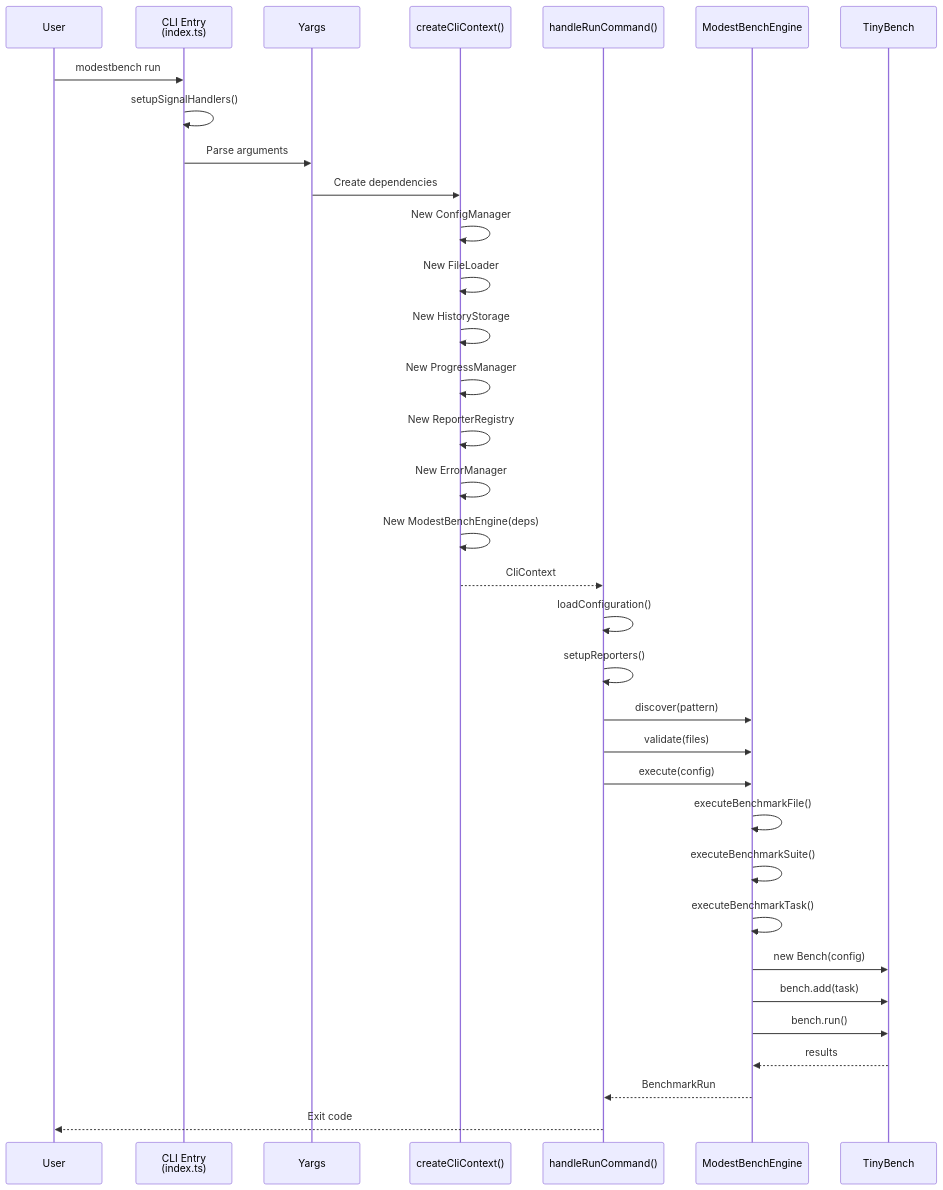
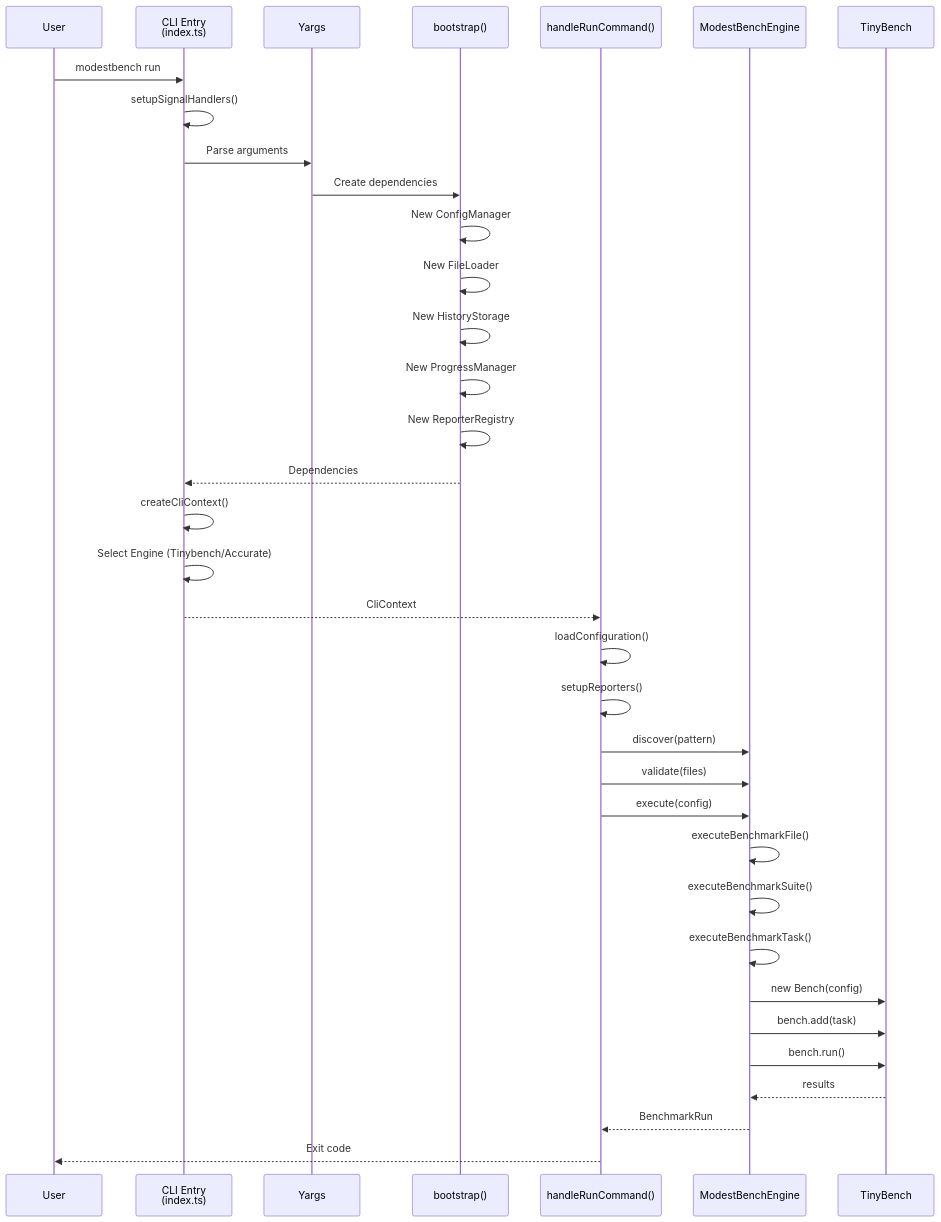
Before and after one commit to boneskull/modestbench: the second of 11 diagrams in ARCHITECTURE.md, drawn with Mermaid. The commit also changed other lines of this file, not shown here.

````diff
--- a/ARCHITECTURE.md
+++ b/ARCHITECTURE.md
@@ -71,42 +89,44 @@
 ```mermaid
 sequenceDiagram
     participant User
     participant CLI as CLI Entry<br/>(index.ts)
     participant Yargs
-    participant Context as createCliContext()
+    participant Bootstrap as bootstrap()
     participant Command as handleRunCommand()
     participant Engine as ModestBenchEngine
     participant TinyBench
 
     User->>CLI: modestbench run
     CLI->>CLI: setupSignalHandlers()
     CLI->>Yargs: Parse arguments
-    Yargs->>Context: Create dependencies
+    Yargs->>Bootstrap: Create dependencies
 
-    Context->>Context: New ConfigManager
-    Context->>Context: New FileLoader
-    Context->>Context: New HistoryStorage
-    Context->>Context: New ProgressManager
-    Context->>Context: New ReporterRegistry
-    Context->>Context: New ErrorManager
-    Context->>Context: New ModestBenchEngine(deps)
+    Bootstrap->>Bootstrap: New ConfigManager
+    Bootstrap->>Bootstrap: New FileLoader
+    Bootstrap->>Bootstrap: New HistoryStorage
+    Bootstrap->>Bootstrap: New ProgressManager
+    Bootstrap->>Bootstrap: New ReporterRegistry
 
-    Context-->>Command: CliContext
+    Bootstrap-->>CLI: Dependencies
+    CLI->>CLI: createCliContext()
+    CLI->>CLI: Select Engine (Tinybench/Accurate)
+
+    CLI-->>Command: CliContext
 
     Command->>Command: loadConfiguration()
     Command->>Command: setupReporters()
     Command->>Engine: discover(pattern)
     Command->>Engine: validate(files)
     Command->>Engine: execute(config)
 
     Engine->>Engine: executeBenchmarkFile()
     Engine->>Engine: executeBenchmarkSuite()
     Engine->>Engine: executeBenchmarkTask()
     Engine->>TinyBench: new Bench(config)
     Engine->>TinyBench: bench.add(task)
     Engine->>TinyBench: bench.run()
 
     TinyBench-->>Engine: results
     Engine-->>Command: BenchmarkRun
     Command-->>User: Exit code
 ```
````
